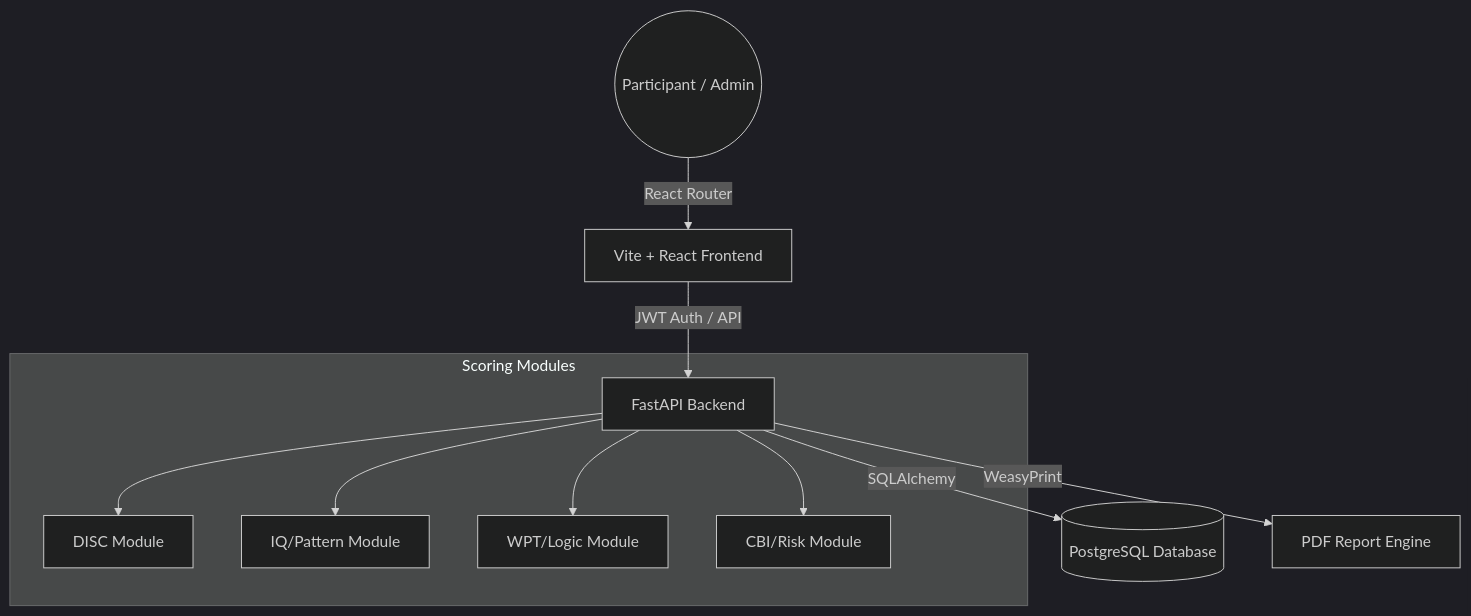
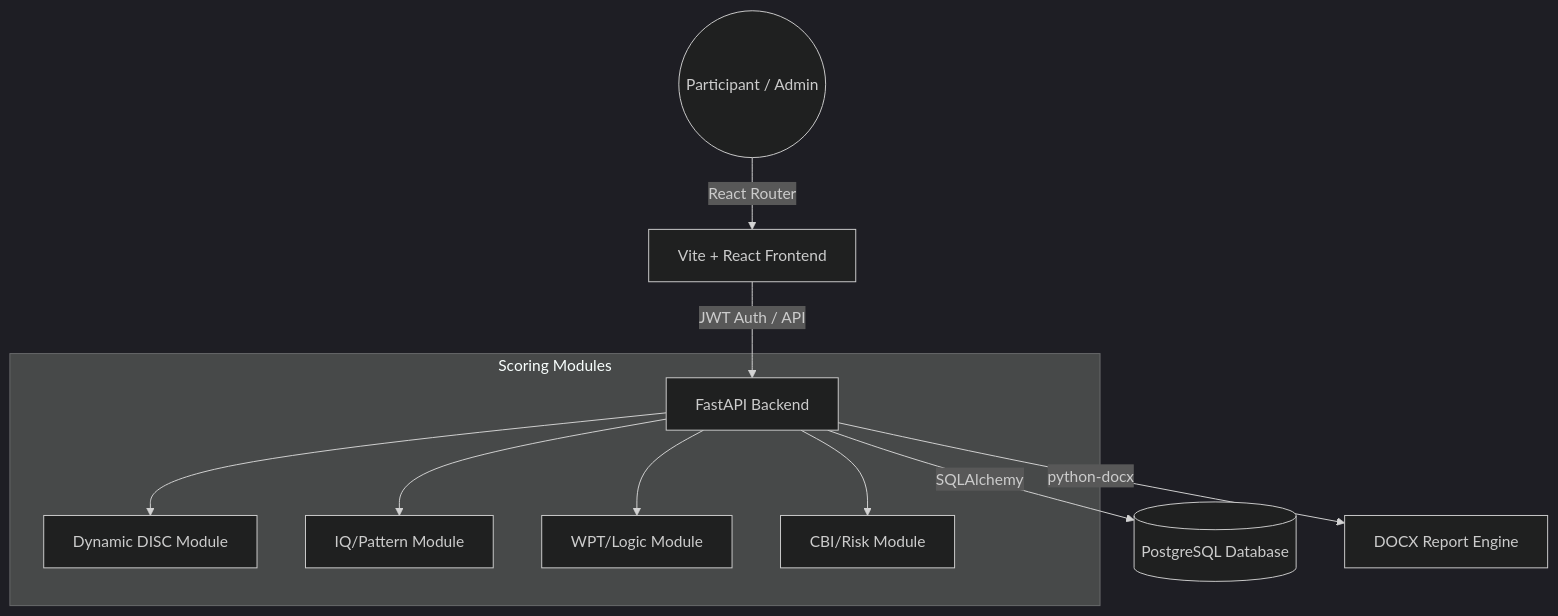
One commit to Acerasien/web-psikotes changed the diagram in README.md. Above: the diagram before and after it, drawn with Mermaid (dark theme). The commit also changed other lines of this file, not shown here.

Commit message:
docs: update README with current platform architecture and features

````diff
--- a/README.md
+++ b/README.md
@@ -24,14 +24,14 @@
 ```mermaid
 graph TD
     User((Participant / Admin)) -->|React Router| Frontend[Vite + React Frontend]
     Frontend -->|JWT Auth / API| Backend[FastAPI Backend]
     Backend -->|SQLAlchemy| DB[(PostgreSQL Database)]
-    Backend -->|WeasyPrint| PDF[PDF Report Engine]
+    Backend -->|python-docx| DOCX[DOCX Report Engine]
     
     subgraph Scoring Modules
-        Backend --> DISC[DISC Module]
+        Backend --> DISC[Dynamic DISC Module]
         Backend --> IQ[IQ/Pattern Module]
         Backend --> WPT[WPT/Logic Module]
         Backend --> CBI[CBI/Risk Module]
     end
 ```
````
